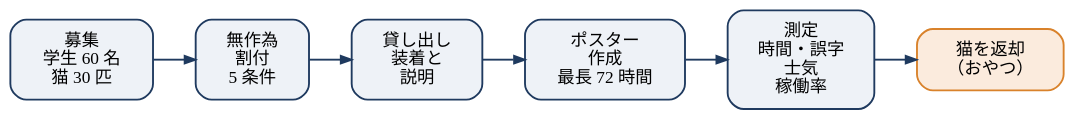
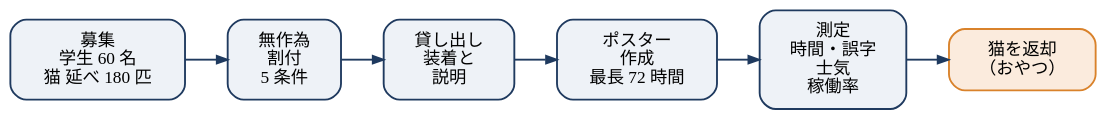
Before and after one commit to YukiInoueNakata/research_poster_studio: the diagram in examples/sample-cat-paws-ja/figures/procedure.dot, drawn with Graphviz. The commit also changed 10 other files, not shown here.

```diff
--- a/examples/sample-cat-paws-ja/figures/procedure.dot
+++ b/examples/sample-cat-paws-ja/figures/procedure.dot
@@ -1,15 +1,15 @@
 digraph procedure {
   rankdir=LR;
   graph [fontname="Noto Sans JP", nodesep=0.35, ranksep=0.45, bgcolor="transparent"];
   node  [shape=box, style="rounded,filled", fillcolor="#EEF2F7", color="#1F3A5F", fontname="Noto Sans JP", fontsize=13, penwidth=1.4, margin="0.32,0.12"];
   edge  [color="#1F3A5F", penwidth=1.4, arrowsize=0.8];
 
-  recruit  [label="募集\n学生 60 名\n猫 30 匹"];
+  recruit  [label="募集\n学生 60 名\n猫 延べ 180 匹"];
   rand     [label="無作為\n割付\n5 条件"];
   rent     [label="貸し出し\n装着と\n説明"];
   produce  [label="ポスター\n作成\n最長 72 時間"];
   measure  [label="測定\n時間・誤字\n士気\n稼働率"];
   release  [label="猫を返却\n（おやつ）", fillcolor="#FBEBDD", color="#D9822B"];
 
   recruit -> rand -> rent -> produce -> measure -> release;
 }
```
